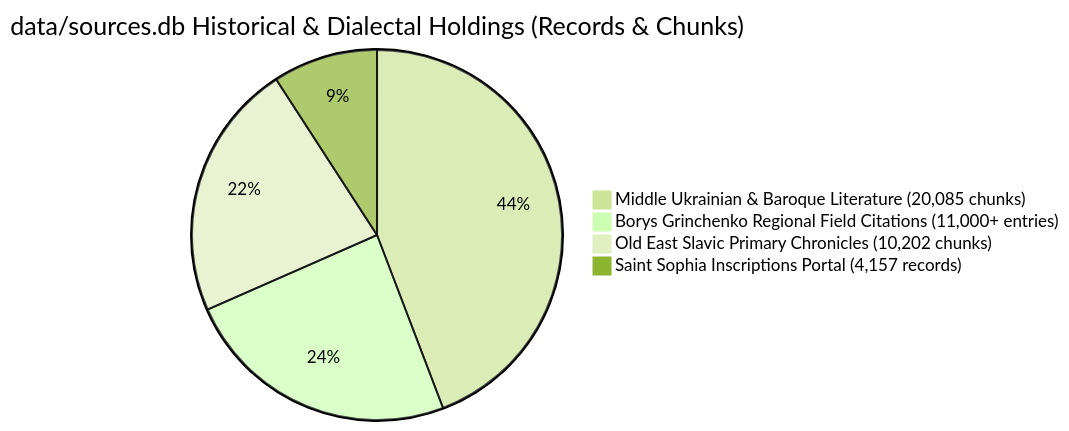
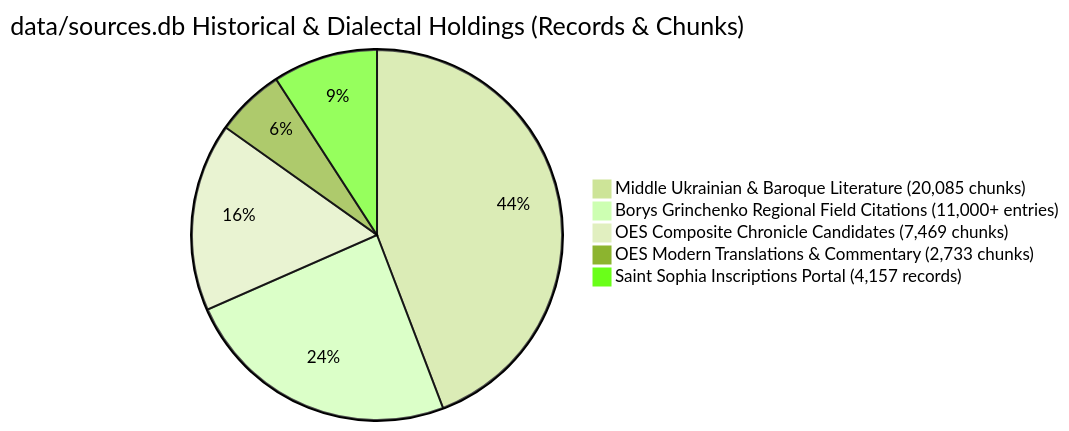
One commit to learn-ukrainian/learn-ukrainian.github.io changed the first of 2 diagrams in docs/research/UKRAINIAN_HISTORICAL_DIGLOSSIA_AND_CHURCH_SLAVONIC_MODEL.md. Above: the diagram before and after it, drawn with Mermaid (forest theme). The commit also changed 1 other file, not shown here.

Commit message:
docs(open-model-data): resolve R7 pie-chart slice label and document dataset partition paths
- Resolved Astra R7 P2 finding: split the Old East Slavic pie-chart slice in UKRAINIAN_HISTORICAL_DIGLOSSIA_AND_CHURCH_SLAVONIC_MODEL.md into explicitly labeled composite candidates (7,469 chunks) and modern translations/commentary (2,733 chunks), eliminating any false primary-evidence claim in the graphic.
- Documented exact file paths for the 1,000-case held-out suite, 600-case protection suite, and 9,000 production training shards in Architectural References.

X-Agent: gemini/6321-diglossia-docs

````diff
--- a/docs/research/UKRAINIAN_HISTORICAL_DIGLOSSIA_AND_CHURCH_SLAVONIC_MODEL.md
+++ b/docs/research/UKRAINIAN_HISTORICAL_DIGLOSSIA_AND_CHURCH_SLAVONIC_MODEL.md
@@ -74,7 +74,8 @@
 ```mermaid
 pie title data/sources.db Historical & Dialectal Holdings (Records & Chunks)
     "Middle Ukrainian & Baroque Literature (20,085 chunks)" : 20085
     "Borys Grinchenko Regional Field Citations (11,000+ entries)" : 11000
-    "Old East Slavic Primary Chronicles (10,202 chunks)" : 10202
+    "OES Composite Chronicle Candidates (7,469 chunks)" : 7469
+    "OES Modern Translations & Commentary (2,733 chunks)" : 2733
     "Saint Sophia Inscriptions Portal (4,157 records)" : 4157
 ```
````
